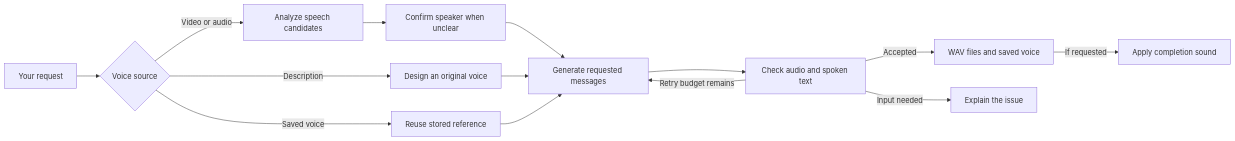
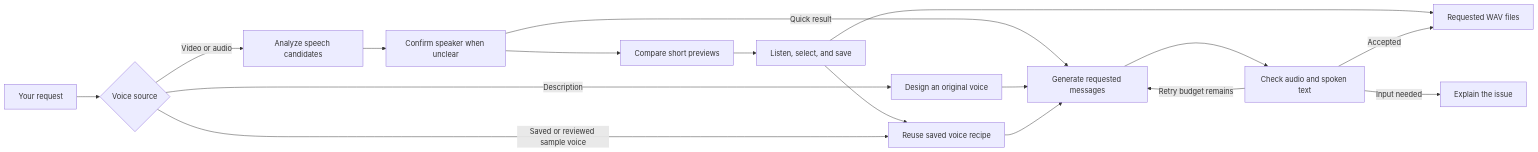
One commit to t1seo/voice-of-karina changed the diagram in README.md. Above: the diagram before and after it, drawn with Mermaid. The commit also changed other lines of this file and 95 other files, not shown here.

````diff
--- a/README.md
+++ b/README.md
@@ -51,16 +65,19 @@
 ```mermaid
 flowchart LR
     A[Your request] --> B{Voice source}
     B -->|Video or audio| C[Analyze speech candidates]
     C --> D[Confirm speaker when unclear]
+    D --> P[Compare short previews]
+    P --> Q[Listen, select, and save]
+    Q --> I[Requested WAV files]
+    Q --> F[Reuse saved voice recipe]
     B -->|Description| E[Design an original voice]
-    B -->|Saved voice| F[Reuse stored reference]
-    D --> G[Generate requested messages]
+    B -->|Saved or reviewed sample voice| F
+    D -->|Quick result| G[Generate requested messages]
     E --> G
     F --> G
     G --> H[Check audio and spoken text]
-    H -->|Accepted| I[WAV files and saved voice]
+    H -->|Accepted| I
     H -->|Retry budget remains| G
     H -->|Input needed| J[Explain the issue]
-    I -->|If requested| K[Apply completion sound]
 ```
````
